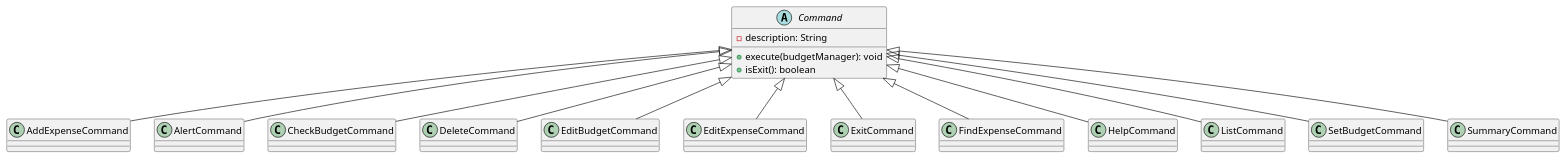
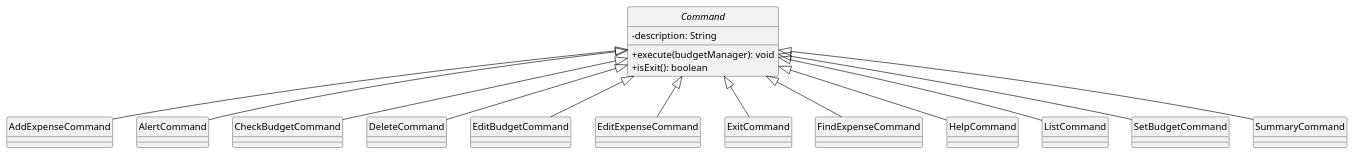
Before and after one commit to AY2425S2-CS2113-T12-4/tp: the diagram in docs/diagrams/ImplementationAbstractCommandsDiagram.puml, drawn with PlantUML. The commit also changed 7 other files, not shown here.

```diff
--- a/docs/diagrams/ImplementationAbstractCommandsDiagram.puml
+++ b/docs/diagrams/ImplementationAbstractCommandsDiagram.puml
@@ -1,38 +1,41 @@
 @startuml
+hide circle
+skinparam classAttributeIconSize 0
+hide footbox
 
 ' Define the abstract base class
 abstract class Command {
     - description: String
     + execute(budgetManager): void
     + isExit(): boolean
 }
 
 ' Define all subclasses
 class AddExpenseCommand
 class AlertCommand
 class CheckBudgetCommand
 class DeleteCommand
 class EditBudgetCommand
 class EditExpenseCommand
 class ExitCommand
 class FindExpenseCommand
 class HelpCommand
 class ListCommand
 class SetBudgetCommand
 class SummaryCommand
 
 ' Define inheritance relationships
 Command <|-- AddExpenseCommand
 Command <|-- AlertCommand
 Command <|-- CheckBudgetCommand
 Command <|-- DeleteCommand
 Command <|-- EditBudgetCommand
 Command <|-- EditExpenseCommand
 Command <|-- ExitCommand
 Command <|-- FindExpenseCommand
 Command <|-- HelpCommand
 Command <|-- ListCommand
 Command <|-- SetBudgetCommand
 Command <|-- SummaryCommand
 
 @enduml
```
